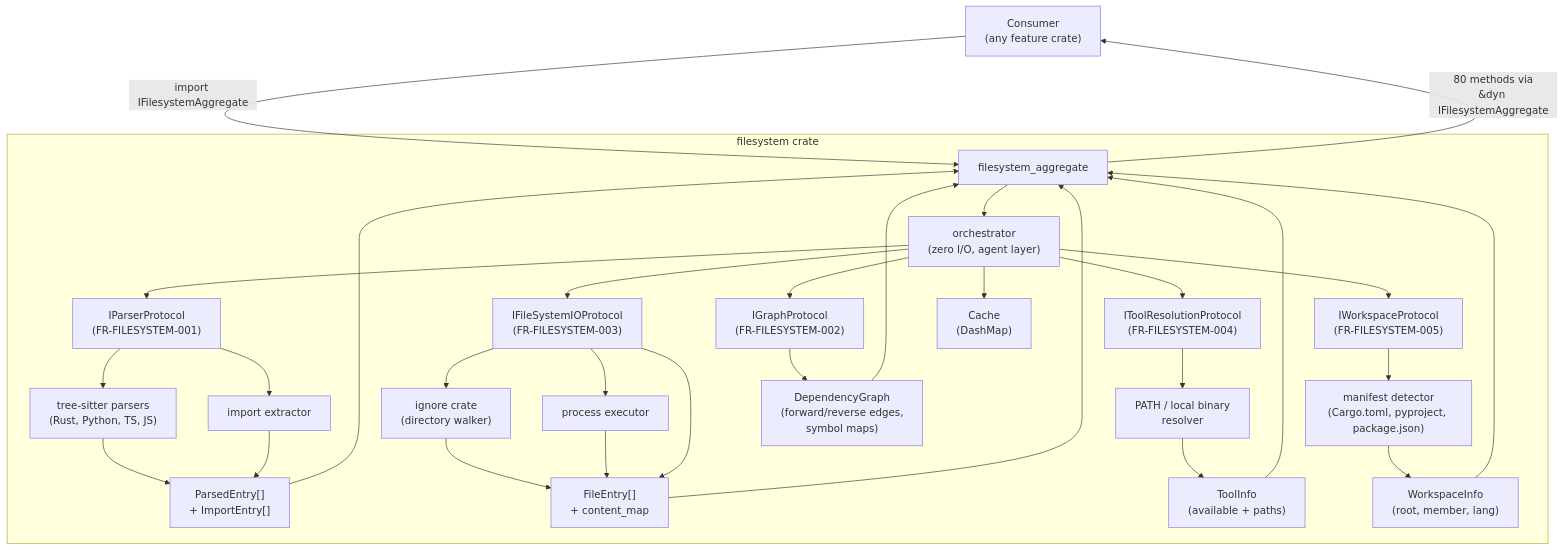
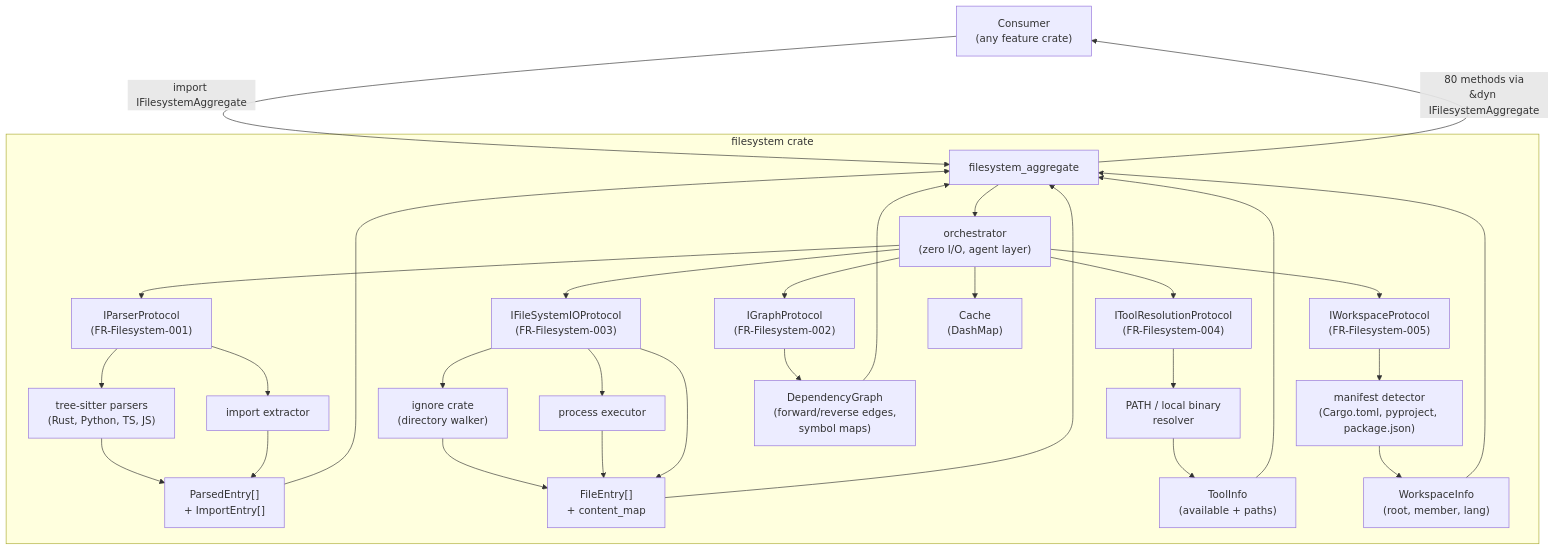
The diagram in crates/filesystem/FRD.md (rakaarwaky/lint-arwaky), drawn with Mermaid before and after one commit. The commit also changed other lines of this file and 27 other files, not shown here.

````diff
--- a/crates/filesystem/FRD.md
+++ b/crates/filesystem/FRD.md
@@ -17,37 +17,38 @@
 ```mermaid
 flowchart TD
     A["Consumer\n(any feature crate)"] -->|"import IFilesystemAggregate"| D["filesystem_aggregate"]
 
     subgraph FS ["filesystem crate"]
         D --> O["orchestrator\n(zero I/O, agent layer)"]
-        O --> P1["IParserProtocol\n(FR-FILESYSTEM-001)"]
-        O --> P2["IGraphProtocol\n(FR-FILESYSTEM-002)"]
-        O --> P3["IFileSystemIOProtocol\n(FR-FILESYSTEM-003)"]
-        O --> P4["IToolResolutionProtocol\n(FR-FILESYSTEM-004)"]
-        O --> P5["IWorkspaceProtocol\n(FR-FILESYSTEM-005)"]
+        O --> P1["IParserProtocol\n(FR-Filesystem-001)"]
+        O --> P2["IGraphProtocol\n(FR-Filesystem-002)"]
+        O --> P3["IFileSystemIOProtocol\n(FR-Filesystem-003)"]
+        O --> P4["IToolResolutionProtocol\n(FR-Filesystem-004)"]
+        O --> P5["IWorkspaceProtocol\n(FR-Filesystem-005)"]
         O --> C["Cache\n(DashMap)"]
 
         P1 --> T1["tree-sitter parsers\n(Rust, Python, TS, JS)"]
         P1 --> T2["import extractor"]
         P3 --> T3["ignore crate\n(directory walker)"]
         P3 --> T4["process executor"]
         P4 --> T5["PATH / local binary\nresolver"]
         P5 --> T6["manifest detector\n(Cargo.toml, pyproject, package.json)"]
 
         T1 --> R1["ParsedEntry[]\n+ ImportEntry[]"]
         T2 --> R1
         P2 --> R2["DependencyGraph\n(forward/reverse edges,\nsymbol maps)"]
         T3 --> R3["FileEntry[]\n+ content_map"]
         T4 --> R3
         P3 --> R3
         T5 --> R4["ToolInfo\n(available + paths)"]
         T6 --> R5["WorkspaceInfo\n(root, member, lang)"]
     end
 
     R1 --> D
     R2 --> D
     R3 --> D
     R4 --> D
     R5 --> D
     D -->|"80 methods via\n&dyn IFilesystemAggregate"| A
+
 ```
````
